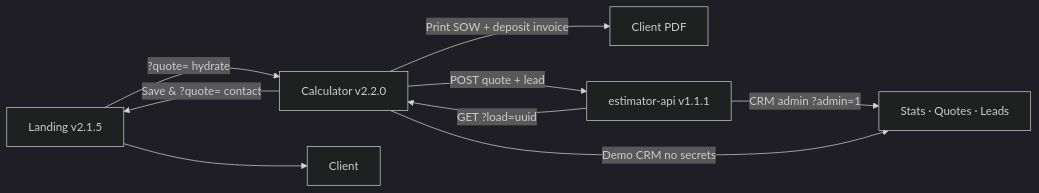
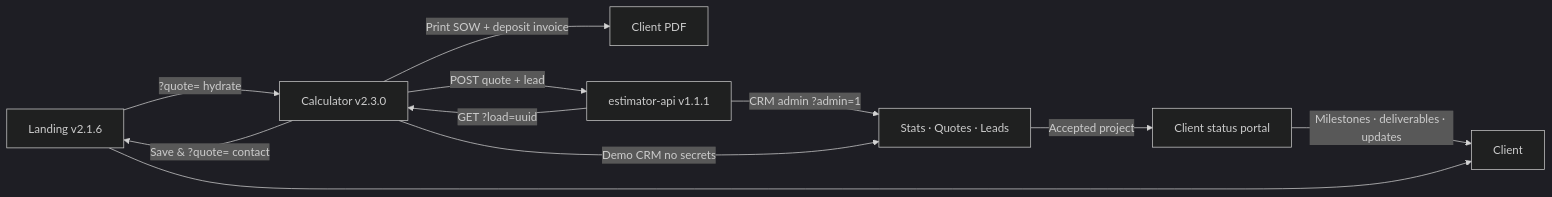
Before and after one commit to pixellayer7-jpg/pixellayer7-jpg: the diagram in README.md, drawn with Mermaid (dark theme). The commit also changed other lines of this file and 2 other files, not shown here.

First line of the commit message:
docs: add client portal to public product walkthrough

````diff
--- a/README.md
+++ b/README.md
@@ -18,11 +18,13 @@
 ```mermaid
 flowchart LR
-  A[Landing v2.1.5] -->|?quote= hydrate| B[Calculator v2.2.0]
+  A[Landing v2.1.6] -->|?quote= hydrate| B[Calculator v2.3.0]
   B -->|Save & ?quote= contact| A
   B -->|Print SOW + deposit invoice| C[Client PDF]
   B -->|POST quote + lead| D[estimator-api v1.1.1]
   D -->|CRM admin ?admin=1| E[Stats · Quotes · Leads]
   B -->|Demo CRM no secrets| E
+  E -->|Accepted project| P[Client status portal]
+  P -->|Milestones · deliverables · updates| F[Client]
   D -->|GET ?load=uuid| B
   A --> F[Client]
 ```
````
